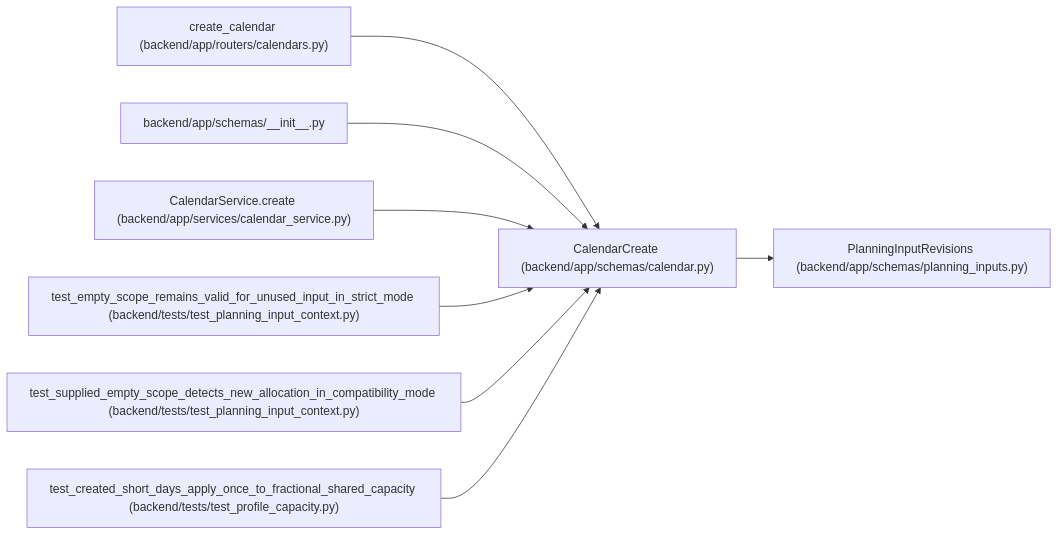
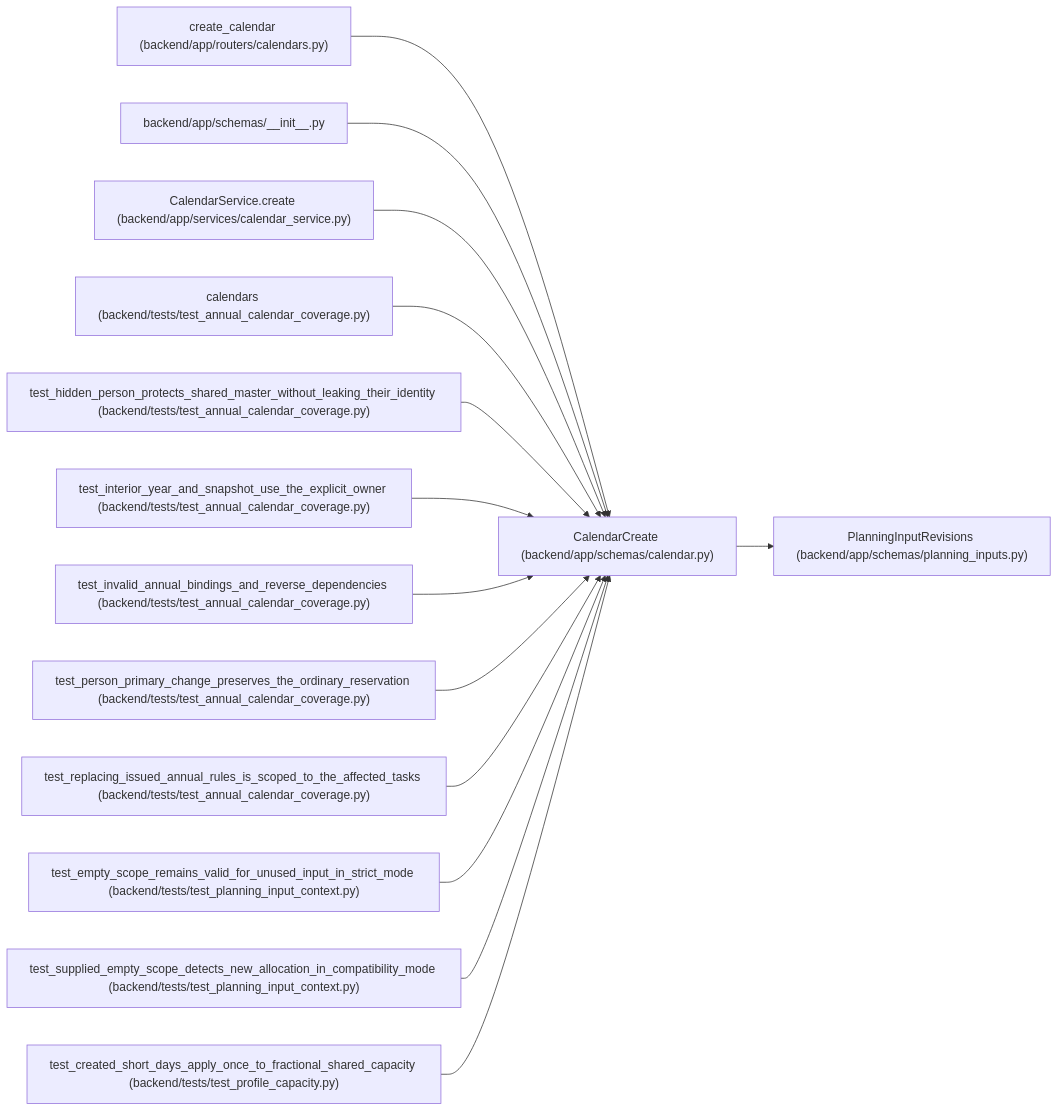
The diagram in docs/llm_wiki/entities/schemas_calendar_CalendarCreate.md (Denissvgn/WorkChord), drawn with Mermaid before and after one commit. The commit also changed other lines of this file and 920 other files, not shown here.

Commit message:
Document explicit annual calendars and forecast ownership

````diff
--- a/docs/llm_wiki/entities/schemas_calendar_CalendarCreate.md
+++ b/docs/llm_wiki/entities/schemas_calendar_CalendarCreate.md
@@ -31,26 +31,44 @@
 ```mermaid
 flowchart LR
     n0["CalendarCreate (backend/app/schemas/calendar.py)"]
     n1["PlanningInputRevisions (backend/app/schemas/planning_inputs.py)"]
     n2["create_calendar (backend/app/routers/calendars.py)"]
     n3["backend/app/schemas/__init__.py"]
     n4["CalendarService.create (backend/app/services/calendar_service.py)"]
-    n5["test_empty_scope_remains_valid_for_unused_input_in_strict_mode (backend/tests/test_planning_input_context.py)"]
-    n6["test_supplied_empty_scope_detects_new_allocation_in_compatibility_mode (backend/tests/test_planning_input_context.py)"]
-    n7["test_created_short_days_apply_once_to_fractional_shared_capacity (backend/tests/test_profile_capacity.py)"]
+    n5["calendars (backend/tests/test_annual_calendar_coverage.py)"]
+    n6["test_hidden_person_protects_shared_master_without_leaking_their_identity (backend/tests/test_annual_calendar_coverage.py)"]
+    n7["test_interior_year_and_snapshot_use_the_explicit_owner (backend/tests/test_annual_calendar_coverage.py)"]
+    n8["test_invalid_annual_bindings_and_reverse_dependencies (backend/tests/test_annual_calendar_coverage.py)"]
+    n9["test_person_primary_change_preserves_the_ordinary_reservation (backend/tests/test_annual_calendar_coverage.py)"]
+    n10["test_replacing_issued_annual_rules_is_scoped_to_the_affected_tasks (backend/tests/test_annual_calendar_coverage.py)"]
+    n11["test_empty_scope_remains_valid_for_unused_input_in_strict_mode (backend/tests/test_planning_input_context.py)"]
+    n12["test_supplied_empty_scope_detects_new_allocation_in_compatibility_mode (backend/tests/test_planning_input_context.py)"]
+    n13["test_created_short_days_apply_once_to_fractional_shared_capacity (backend/tests/test_profile_capacity.py)"]
     n0 --> n1
     n2 --> n0
     n3 --> n0
     n4 --> n0
     n5 --> n0
     n6 --> n0
     n7 --> n0
+    n8 --> n0
+    n9 --> n0
+    n10 --> n0
+    n11 --> n0
+    n12 --> n0
+    n13 --> n0
     click n0 "../modules/schemas_calendar.md"
     click n1 "../modules/planning_inputs.md"
     click n2 "../modules/calendars.md"
     click n3 "../modules/schemas___init__.md"
     click n4 "../modules/calendar_service.md"
-    click n5 "../modules/test_planning_input_context.md"
-    click n6 "../modules/test_planning_input_context.md"
-    click n7 "../modules/test_profile_capacity.md"
+    click n5 "../modules/test_annual_calendar_coverage.md"
+    click n6 "../modules/test_annual_calendar_coverage.md"
+    click n7 "../modules/test_annual_calendar_coverage.md"
+    click n8 "../modules/test_annual_calendar_coverage.md"
+    click n9 "../modules/test_annual_calendar_coverage.md"
+    click n10 "../modules/test_annual_calendar_coverage.md"
+    click n11 "../modules/test_planning_input_context.md"
+    click n12 "../modules/test_planning_input_context.md"
+    click n13 "../modules/test_profile_capacity.md"
 ```
````
